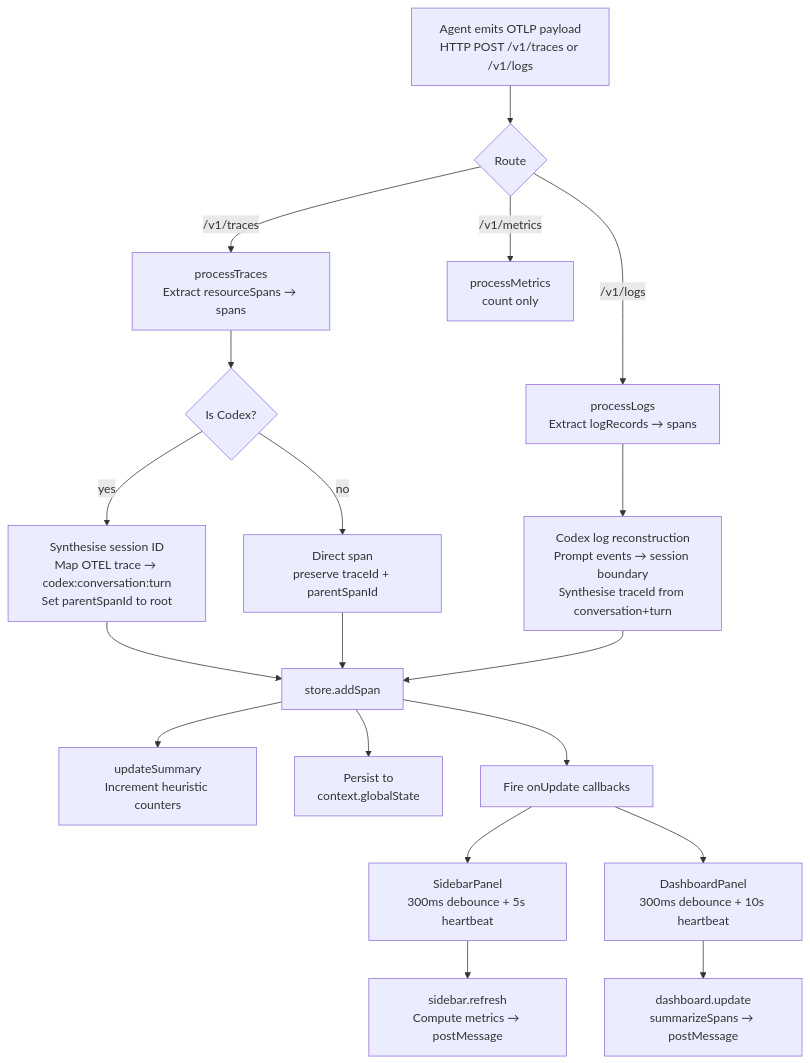
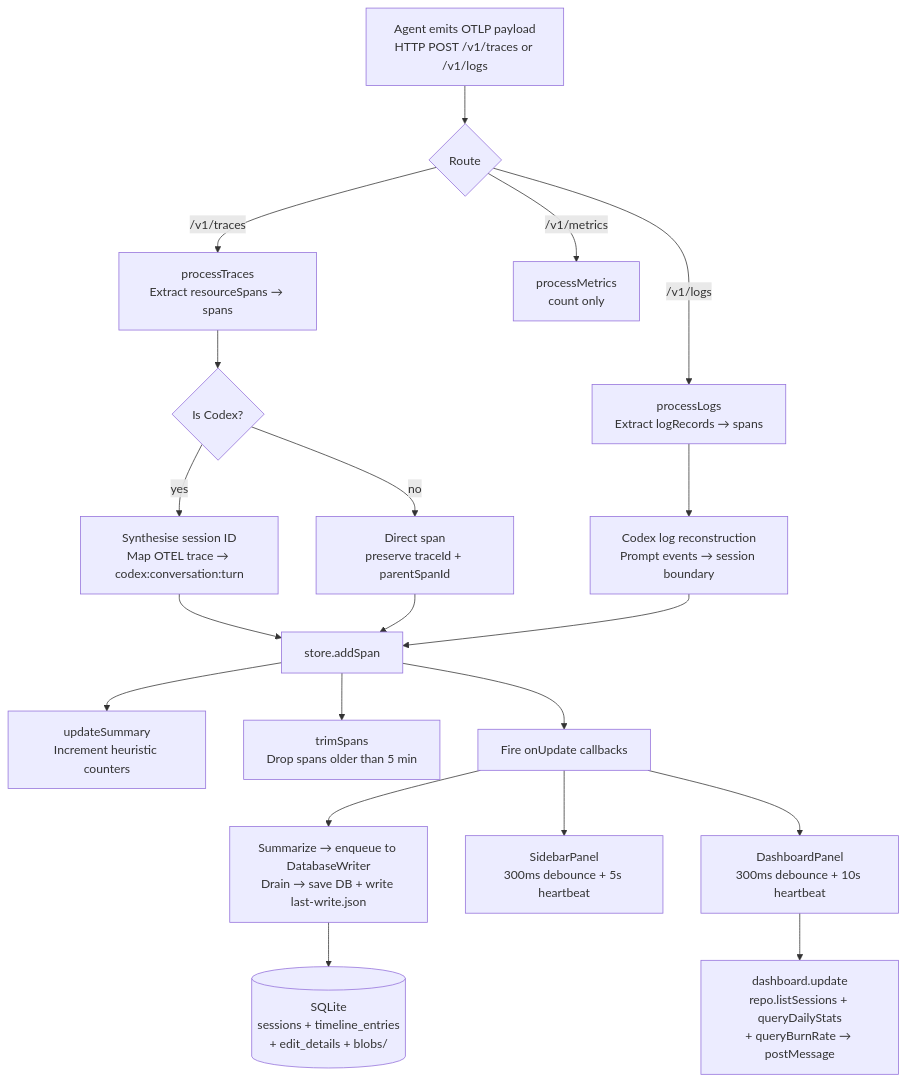
The third of 18 diagrams in ARCHITECTURE.md (RogerReed/agentlens), drawn with Mermaid before and after one commit. The commit also changed other lines of this file, not shown here.

Commit message:
docs: rewrite ARCHITECTURE.md for phases 1–4 (SQLite storage, analytics, tab changes)

````diff
--- a/ARCHITECTURE.md
+++ b/ARCHITECTURE.md
@@ -108,28 +114,30 @@
 ```mermaid
 flowchart TD
-    A[Agent emits OTLP payload\nHTTP POST /v1/traces or /v1/logs] --> B{Route}
+    A[Agent emits OTLP payload<br/>HTTP POST /v1/traces or /v1/logs] --> B{Route}
 
-    B -- /v1/traces --> T[processTraces\nExtract resourceSpans → spans]
-    B -- /v1/logs  --> L[processLogs\nExtract logRecords → spans]
-    B -- /v1/metrics --> M[processMetrics\ncount only]
+    B -- /v1/traces --> T[processTraces<br/>Extract resourceSpans → spans]
+    B -- /v1/logs  --> L[processLogs<br/>Extract logRecords → spans]
+    B -- /v1/metrics --> M[processMetrics<br/>count only]
 
     T --> NS{Is Codex?}
-    NS -- yes --> CS[Synthesise session ID\nMap OTEL trace → codex:conversation:turn\nSet parentSpanId to root]
-    NS -- no  --> DS[Direct span\npreserve traceId + parentSpanId]
+    NS -- yes --> CS[Synthesise session ID<br/>Map OTEL trace → codex:conversation:turn]
+    NS -- no  --> DS[Direct span<br/>preserve traceId + parentSpanId]
 
-    L --> LS[Codex log reconstruction\nPrompt events → session boundary\nSynthesise traceId from conversation+turn]
+    L --> LS[Codex log reconstruction<br/>Prompt events → session boundary]
 
     CS --> ADD[store.addSpan]
     DS --> ADD
     LS --> ADD
 
-    ADD --> UPD[updateSummary\nIncrement heuristic counters]
-    ADD --> PER[Persist to\ncontext.globalState]
+    ADD --> UPD[updateSummary<br/>Increment heuristic counters]
+    ADD --> TRIM[trimSpans<br/>Drop spans older than 5 min]
     ADD --> CB[Fire onUpdate callbacks]
 
-    CB --> SID_CB[SidebarPanel\n300ms debounce + 5s heartbeat]
-    CB --> DSH_CB[DashboardPanel\n300ms debounce + 10s heartbeat]
+    CB --> WRITE[Summarize → enqueue to DatabaseWriter<br/>Drain → save DB + write last-write.json]
+    CB --> SID_CB[SidebarPanel<br/>300ms debounce + 5s heartbeat]
+    CB --> DSH_CB[DashboardPanel<br/>300ms debounce + 10s heartbeat]
 
-    SID_CB --> SID_R[sidebar.refresh\nCompute metrics → postMessage]
-    DSH_CB --> DSH_U[dashboard.update\nsummarizeSpans → postMessage]
+    WRITE --> SQLITE[(SQLite<br/>sessions + timeline_entries<br/>+ edit_details + blobs/)]
+
+    DSH_CB --> DSH_U[dashboard.update<br/>repo.listSessions + queryDailyStats<br/>+ queryBurnRate → postMessage]
 ```
````
